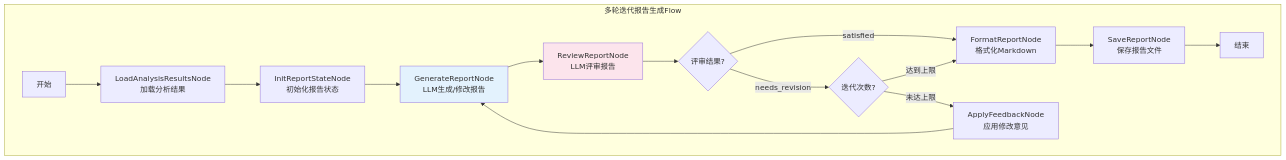
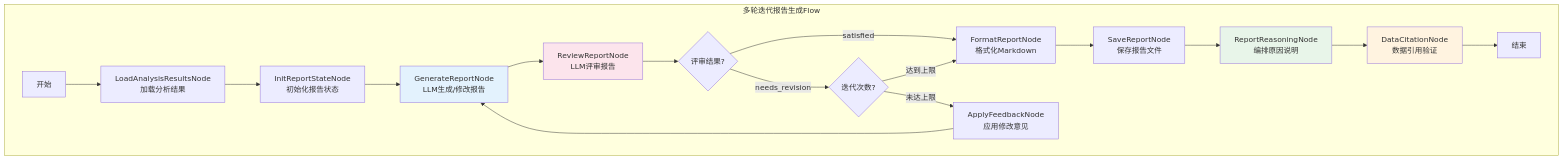
The eighth of 8 diagrams in doc/design.md (Hyacehila/AnalysisPosts), drawn with Mermaid before and after one commit. The commit also changed other lines of this file and 14 other files, not shown here.

````diff
--- a/doc/design.md
+++ b/doc/design.md
@@ -512,25 +555,29 @@
 ```mermaid
 flowchart TD
     subgraph IterativeReportFlow[多轮迭代报告生成Flow]
         iter_start[开始] --> iter_load[LoadAnalysisResultsNode<br/>加载分析结果]
         iter_load --> iter_init[InitReportStateNode<br/>初始化报告状态]
-        
+
         iter_init --> generate_report[GenerateReportNode<br/>LLM生成/修改报告]
         generate_report --> review_report[ReviewReportNode<br/>LLM评审报告]
-        
+
         review_report --> review_result{评审结果?}
         review_result -->|satisfied| iter_format[FormatReportNode<br/>格式化Markdown]
         review_result -->|needs_revision| check_iteration{迭代次数?}
-        
+
         check_iteration -->|未达上限| apply_feedback[ApplyFeedbackNode<br/>应用修改意见]
         check_iteration -->|达到上限| iter_format
-        
+
         apply_feedback --> generate_report
-        
+
         iter_format --> iter_save[SaveReportNode<br/>保存报告文件]
-        iter_save --> iter_end[结束]
+        iter_save --> iter_reasoning[ReportReasoningNode<br/>编排原因说明]
+        iter_reasoning --> iter_citation[DataCitationNode<br/>数据引用验证]
+        iter_citation --> iter_end[结束]
     end
-    
+
     style generate_report fill:#e3f2fd
     style review_report fill:#fce4ec
+    style iter_reasoning fill:#e8f5e9
+    style iter_citation fill:#fff3e0
 ```
````
